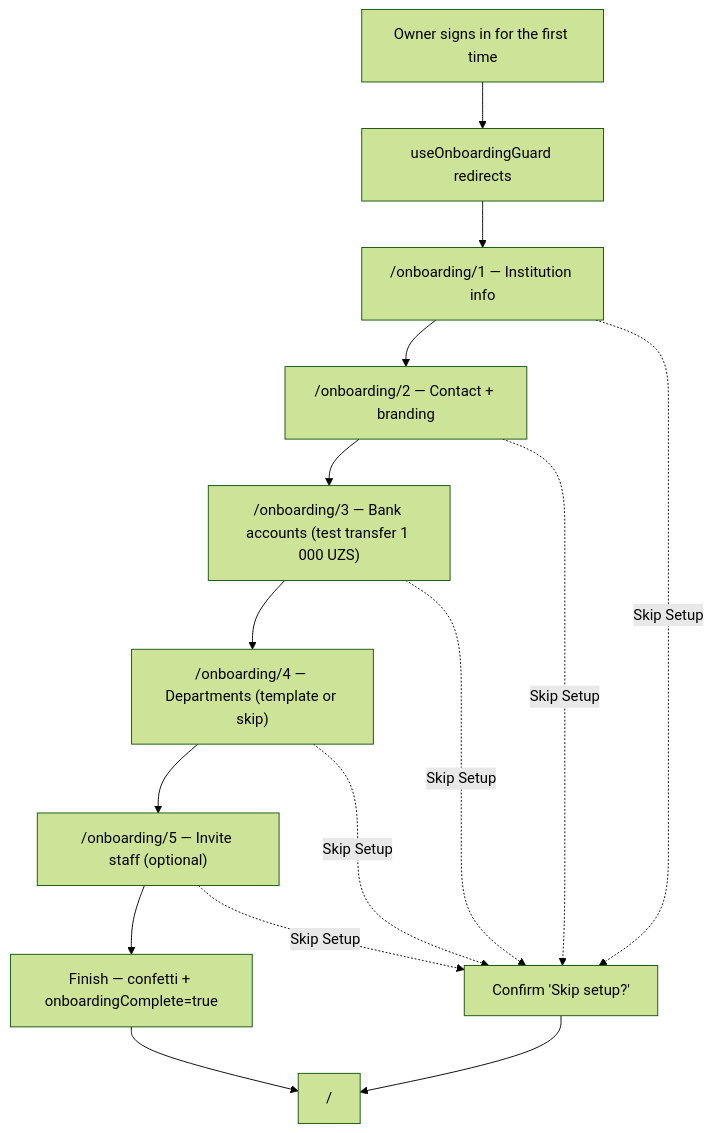
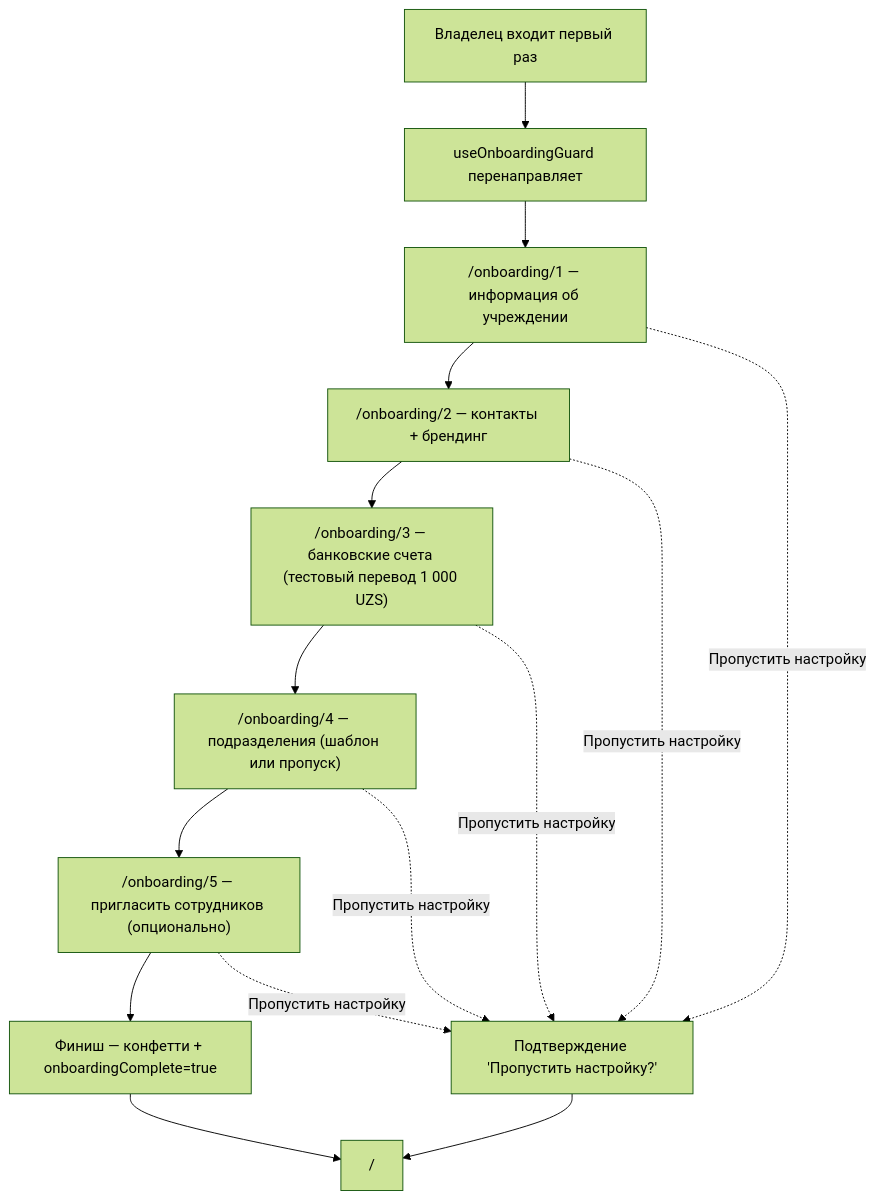
Before and after one commit to SardorAllaberganov/unipay-dashboard: the fourth of 19 diagrams in docs/USER_FLOWS_BY_ROLE.md, drawn with Mermaid (forest theme). The commit also changed other lines of this file and 1 other file, not shown here.

First line of the commit message:
docs: translate IA + role-flow docs to Russian

````diff
--- a/docs/USER_FLOWS_BY_ROLE.md
+++ b/docs/USER_FLOWS_BY_ROLE.md
@@ -177,17 +177,17 @@
 ```mermaid
 flowchart TD
-  A[Owner signs in for the first time] --> B[useOnboardingGuard redirects]
-  B --> C["/onboarding/1 — Institution info"]
-  C --> D["/onboarding/2 — Contact + branding"]
-  D --> E["/onboarding/3 — Bank accounts (test transfer 1 000 UZS)"]
-  E --> F["/onboarding/4 — Departments (template or skip)"]
-  F --> G["/onboarding/5 — Invite staff (optional)"]
-  G --> H["Finish — confetti + onboardingComplete=true"]
+  A[Владелец входит первый раз] --> B[useOnboardingGuard перенаправляет]
+  B --> C["/onboarding/1 — информация об учреждении"]
+  C --> D["/onboarding/2 — контакты + брендинг"]
+  D --> E["/onboarding/3 — банковские счета (тестовый перевод 1 000 UZS)"]
+  E --> F["/onboarding/4 — подразделения (шаблон или пропуск)"]
+  F --> G["/onboarding/5 — пригласить сотрудников (опционально)"]
+  G --> H["Финиш — конфетти + onboardingComplete=true"]
   H --> I["/"]
-  C -. Skip Setup .-> J["Confirm 'Skip setup?'"]
-  D -. Skip Setup .-> J
-  E -. Skip Setup .-> J
-  F -. Skip Setup .-> J
-  G -. Skip Setup .-> J
+  C -. Пропустить настройку .-> J["Подтверждение 'Пропустить настройку?'"]
+  D -. Пропустить настройку .-> J
+  E -. Пропустить настройку .-> J
+  F -. Пропустить настройку .-> J
+  G -. Пропустить настройку .-> J
   J --> I
 ```
````
